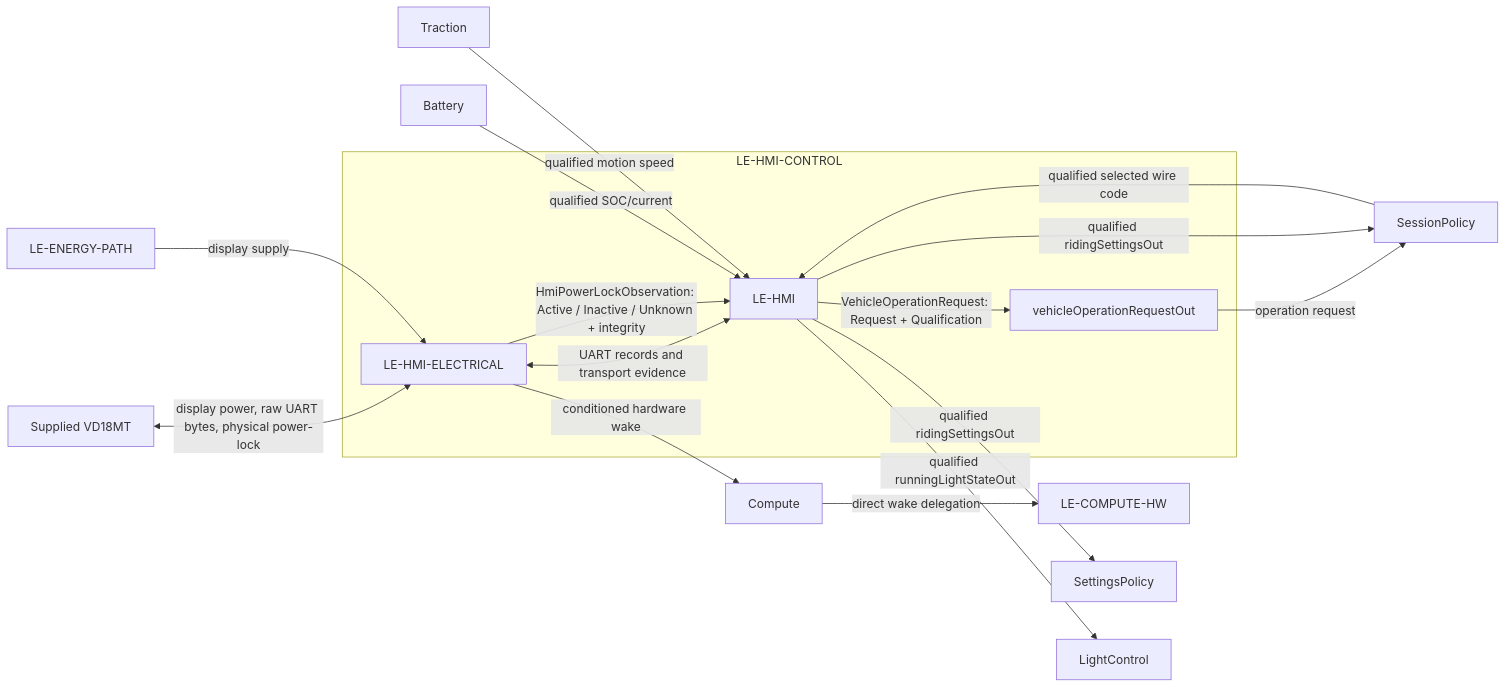
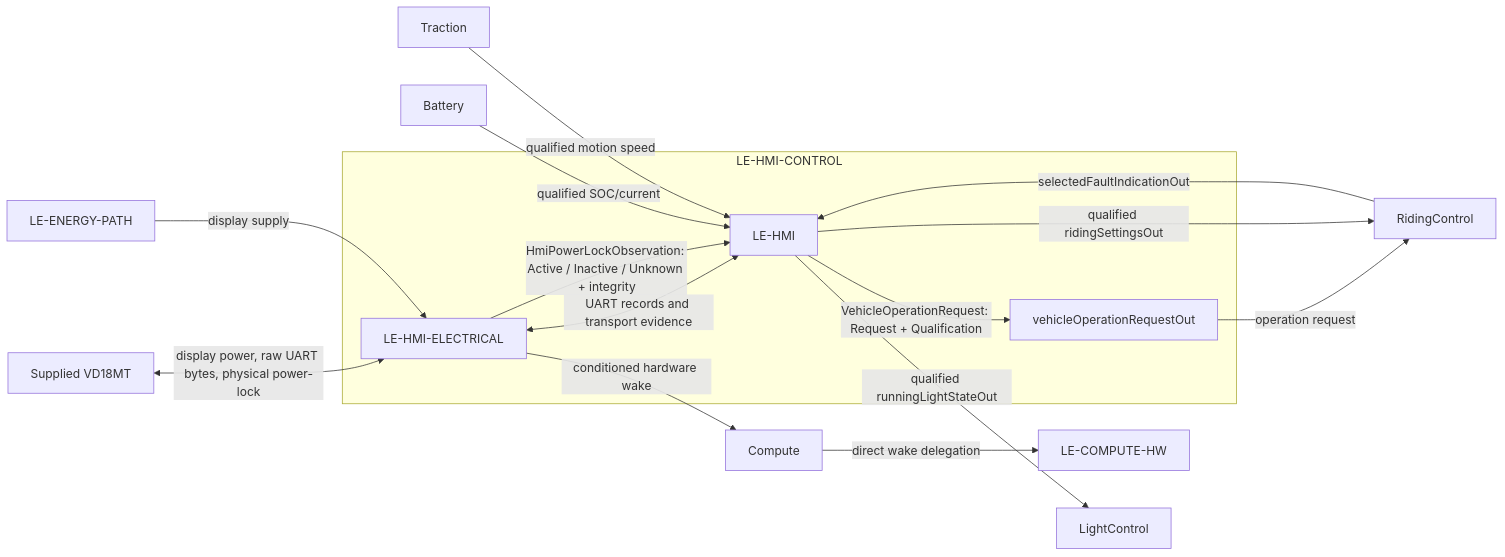
Before and after one commit to dhellhake/X2CityMCU: the diagram in .devenv/Architecture/SystemArchitecture/Modelling/DriverInteraction/Decomposition/HMIControl/README.md, drawn with Mermaid. The commit also changed other lines of this file and 93 other files, not shown here.

Commit message:
Refactored RidingControl on System Architecture

````diff
--- a/.devenv/Architecture/SystemArchitecture/Modelling/DriverInteraction/Decomposition/HMIControl/README.md
+++ b/.devenv/Architecture/SystemArchitecture/Modelling/DriverInteraction/Decomposition/HMIControl/README.md
@@ -11,21 +11,21 @@
 ```mermaid
 flowchart LR
     VD[Supplied VD18MT] <-->|display power, raw UART bytes, physical power-lock| HW
     subgraph HmiControl[LE-HMI-CONTROL]
         HW[LE-HMI-ELECTRICAL]
         SW[LE-HMI]
         HW <-->|UART records and transport evidence| SW
         HW -->|HmiPowerLockObservation: Active / Inactive / Unknown + integrity| SW
         SW -->|VehicleOperationRequest: Request + Qualification| Out[vehicleOperationRequestOut]
     end
-    Out -->|operation request| Session[SessionPolicy]
+    Out -->|operation request| RidingControl[RidingControl]
     HW -->|conditioned hardware wake| Compute
     Compute -->|direct wake delegation| ComputeHW[LE-COMPUTE-HW]
-    SW -->|qualified ridingSettingsOut| Session
-    SW -->|qualified ridingSettingsOut| Set[SettingsPolicy]
+    SW -->|qualified ridingSettingsOut| RidingControl
+
     SW -->|qualified runningLightStateOut| Light[LightControl]
-    Session -->|qualified selected wire code| SW
+    RidingControl -->|selectedFaultIndicationOut| SW
     Battery -->|qualified SOC/current| SW
     Traction -->|qualified motion speed| SW
     Energy[LE-ENERGY-PATH] -->|display supply| HW
 ```
````
